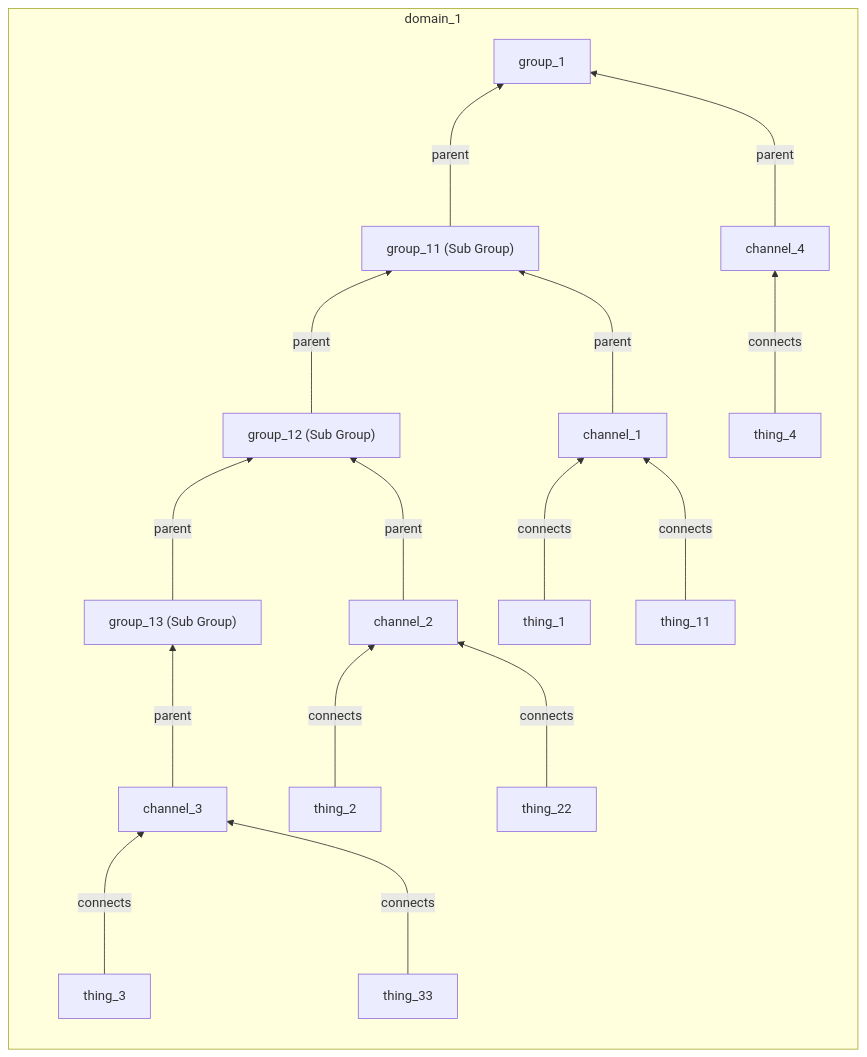
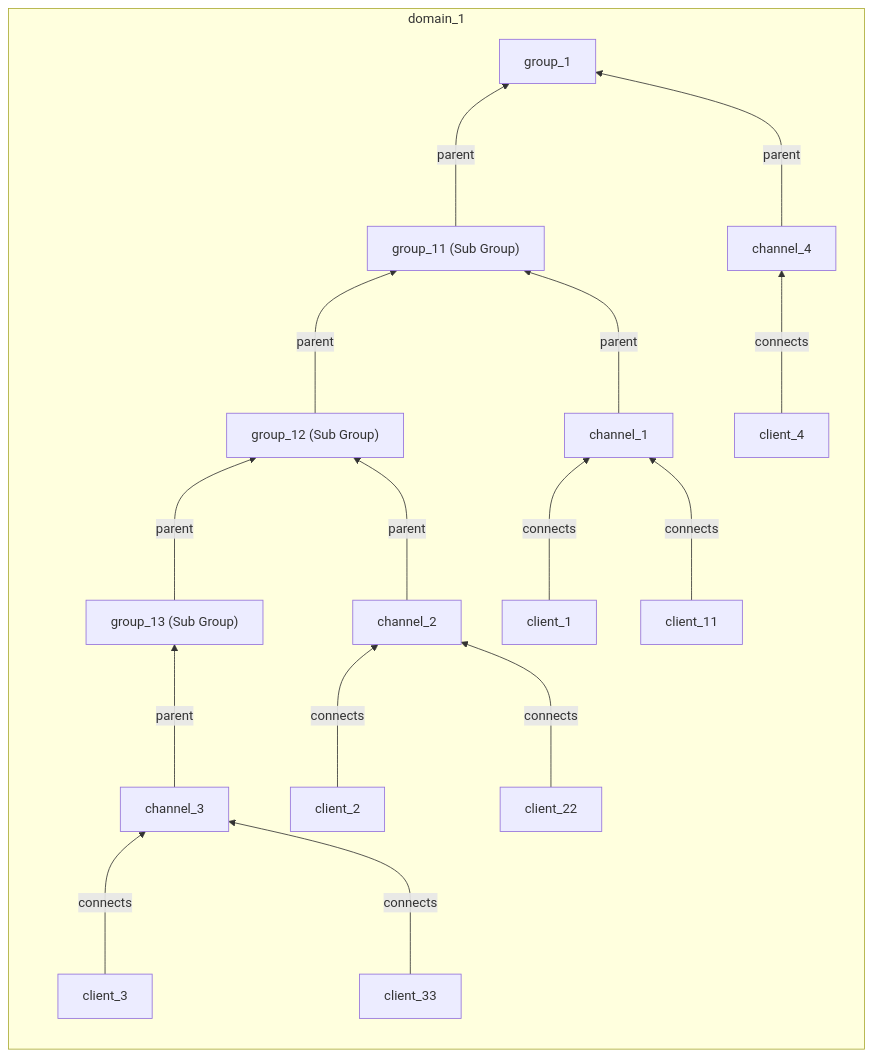
Before and after one commit to absmach/magistrala-docs: the eighth of 8 diagrams in docs/dev-guide/authorization.md, drawn with Mermaid. The commit also changed other lines of this file and 24 other files, not shown here.

````diff
--- a/docs/dev-guide/authorization.md
+++ b/docs/dev-guide/authorization.md
@@ -252,46 +252,46 @@
 ```mermaid
 graph
   subgraph domain_1
     direction BT
 
     Gr1["group_1"]
 
     Gr11["group_11 (Sub Group)"]
     Gr12["group_12 (Sub Group)"]
     Gr13["group_13 (Sub Group)"]
 
 
-    Th1["thing_1"]
-    Th2["thing_2"]
-    Th3["thing_3"]
-    Th4["thing_4"]
-    Th11["thing_11"]
-    Th22["thing_22"]
-    Th33["thing_33"]
+    Cl1["client_1"]
+    Cl2["client_2"]
+    Th3["client_3"]
+    Th4["client_4"]
+    Cl11["client_11"]
+    Cl22["client_22"]
+    Th33["client_33"]
 
     Ch1["channel_1"]
     Ch2["channel_2"]
     Ch3["channel_3"]
     Ch4["channel_4"]
 
     Gr11 --->|parent| Gr1
     Ch4 --->|parent| Gr1
     Gr12 --->|parent| Gr11
     Gr13 --->|parent| Gr12
 
     Ch1 --->|parent| Gr11
     Ch2 --->|parent| Gr12
     Ch3 --->|parent| Gr13
 
 
-    Th1 --->|connects| Ch1
-    Th11 --->|connects| Ch1
+    Cl1 --->|connects| Ch1
+    Cl11 --->|connects| Ch1
 
-    Th2 --->|connects| Ch2
-    Th22 --->|connects| Ch2
+    Cl2 --->|connects| Ch2
+    Cl22 --->|connects| Ch2
     Th3 --->|connects| Ch3
     Th33 --->|connects| Ch3
     Th4 --->|connects| Ch4
 
   end
 ```
````
